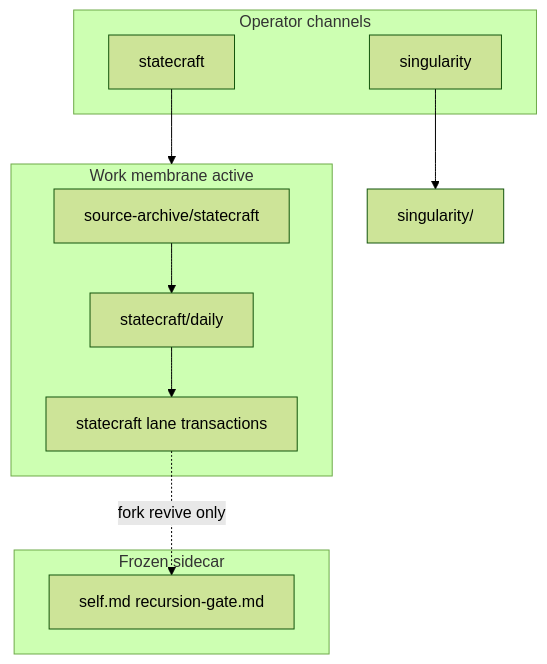
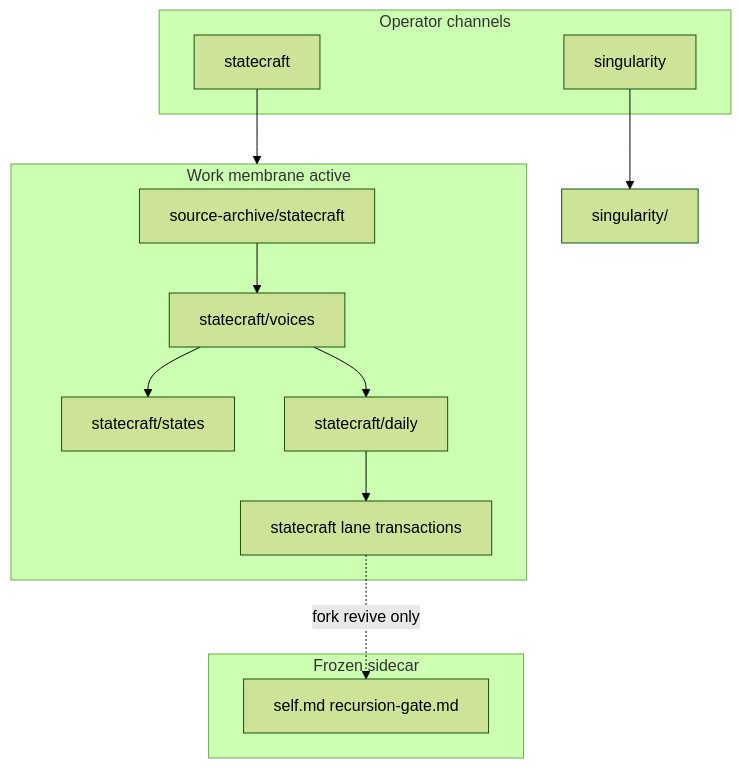
The diagram in docs/start-here.md (rbtkhn/strategy-codex), drawn with Mermaid (forest theme) before and after one commit. The commit also changed other lines of this file and 896 other files, not shown here.

First line of the commit message:
refactor(statecraft): rename civ-lens to voices and civ-state to states

````diff
--- a/docs/start-here.md
+++ b/docs/start-here.md
@@ -19,22 +29,25 @@
 ```mermaid
 flowchart TB
   subgraph membrane [Work membrane active]
     Archive[source-archive/statecraft]
+    Voices[statecraft/voices]
+    States[statecraft/states]
     Daily[statecraft/daily]
     Tx[statecraft lane transactions]
   end
 
   subgraph channels [Operator channels]
     SC[statecraft]
     SG[singularity]
   end
 
   subgraph frozen [Frozen sidecar]
     Record[self.md recursion-gate.md]
   end
 
-  Archive --> Daily --> Tx
+  Archive --> Voices --> States
+  Voices --> Daily --> Tx
   SC --> membrane
   SG --> singularity/
   Tx -.fork revive only.-> Record
 ```
````
